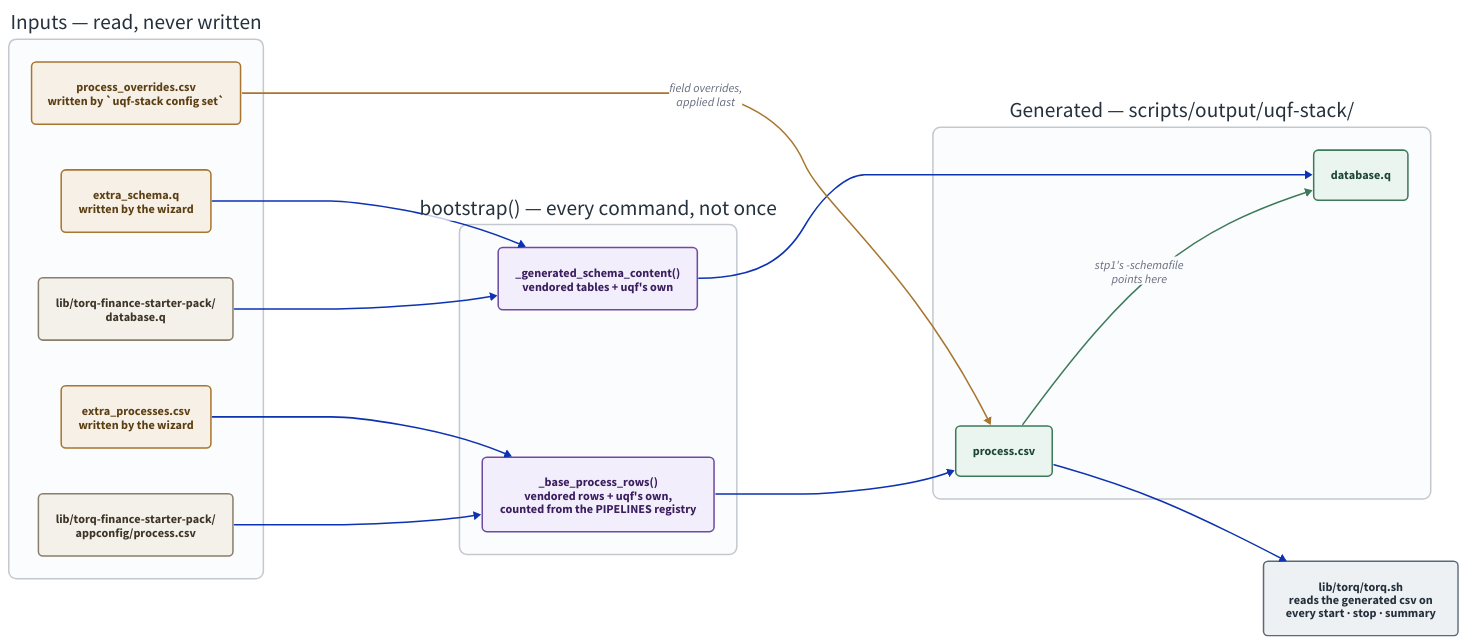
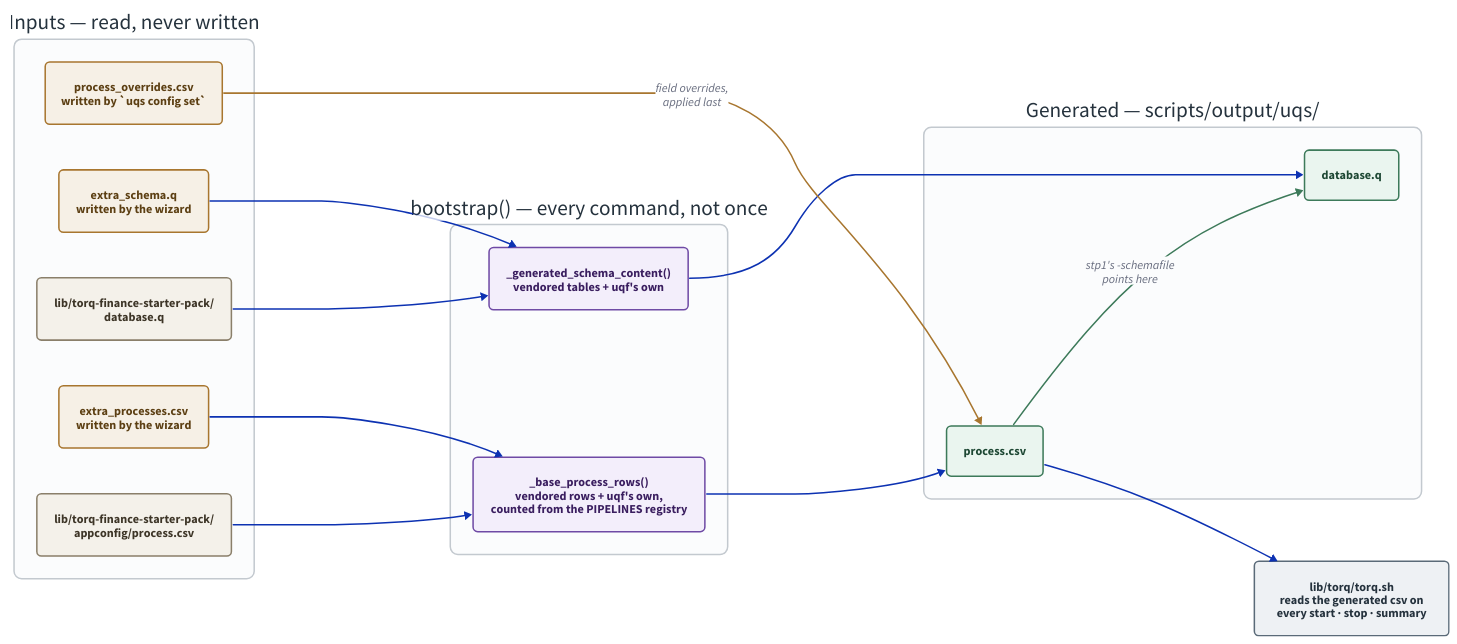
One commit to kwojdalski/uqf changed the diagram in docs/diagrams/config-generation.d2. Above: the diagram before and after it, drawn with D2. The commit also changed 210 other files, not shown here.

First line of the commit message:
uqf-stack becomes uqs, the ultimate q stack

```diff
--- a/docs/diagrams/config-generation.d2
+++ b/docs/diagrams/config-generation.d2
@@ -1,128 +1,128 @@
 # config-generation.d2 - how the vendored TorQ config becomes the config the
 # stack actually runs on.
 #
 # Rendered by scripts/generate/render_diagrams.py, which CI runs with
 # --check. Embedded from docs/integrations/torq/README.md.
 #
 # THE RULE THIS DRAWS is H-01: the vendored trees are never written to. Read
 # the vendored file fresh, generate an extended copy, point the running
 # process at the copy. An edit to lib/ would work until the next upgrade and
 # then be silently lost, which is the failure the whole arrangement exists
 # to make impossible.
 #
 # The other thing worth seeing is that there is no setup step. bootstrap()
 # regenerates both outputs on EVERY command - start, stop, summary, all of
 # them - so the generated files are always a fresh function of the vendored
 # tree plus the three small tracked extension files. Nothing here is a state
 # you can get out of sync; the only way to change the output is to change an
 # input.
 
 direction: right
 
 vars: {
   d2-config: {
     pad: 40
   }
 }
 
 classes: {
   vendored: {
     style: {
       fill: "#f4f1ea"
       stroke: "#8a7f6a"
       font-color: "#3d3527"
       border-radius: 6
     }
   }
   tracked: {
     style: {
       fill: "#f6f0e6"
       stroke: "#a8762f"
       font-color: "#5c3f13"
       border-radius: 6
     }
   }
   step: {
     style: {
       fill: "#f3eefb"
       stroke: "#6f4aa5"
       font-color: "#3a1e5f"
       border-radius: 6
     }
   }
   generated: {
     style: {
       fill: "#eaf5ef"
       stroke: "#3d7a5a"
       font-color: "#1d4733"
       border-radius: 6
     }
   }
   consumer: {
     style: {
       fill: "#eef1f4"
       stroke: "#5a6a78"
       font-color: "#25323d"
       border-radius: 6
     }
   }
 }
 
 inputs: "Inputs — read, never written" {
   style: {
     fill: "#fbfcfd"
     stroke: "#c3c9cf"
     stroke-width: 2
     border-radius: 10
     font-color: "#25323d"
   }
 
   # Declared in the order they are consumed - the process.csv inputs, then
   # the database.q ones - so dagre keeps each group near the step it feeds.
   vendored_csv: "lib/torq-finance-starter-pack/\nappconfig/process.csv" { class: vendored }
   extra_procs: "extra_processes.csv\nwritten by the wizard" { class: tracked }
-  overrides: "process_overrides.csv\nwritten by `uqf-stack config set`" { class: tracked }
+  overrides: "process_overrides.csv\nwritten by `uqs config set`" { class: tracked }
   vendored_schema: "lib/torq-finance-starter-pack/\ndatabase.q" { class: vendored }
   extra_schema: "extra_schema.q\nwritten by the wizard" { class: tracked }
 }
 
 bootstrap: "bootstrap() — every command, not once" {
   style: {
     fill: "#fbfcfd"
     stroke: "#c3c9cf"
     stroke-width: 2
     border-radius: 10
     font-color: "#25323d"
   }
 
   rows: "_base_process_rows()\nvendored rows + uqf's own,\ncounted from the PIPELINES registry" { class: step }
   schema: "_generated_schema_content()\nvendored tables + uqf's own" { class: step }
 }
 
-outputs: "Generated — scripts/output/uqf-stack/" {
+outputs: "Generated — scripts/output/uqs/" {
   style: {
     fill: "#fbfcfd"
     stroke: "#c3c9cf"
     stroke-width: 2
     border-radius: 10
     font-color: "#25323d"
   }
 
   gen_csv: "process.csv" { class: generated }
   gen_schema: "database.q" { class: generated }
 
   gen_csv -> gen_schema: "stp1's -schemafile\npoints here" { style.stroke: "#3d7a5a" }
 }
 
 torqsh: "lib/torq/torq.sh\nreads the generated csv on\nevery start · stop · summary" { class: consumer }
 
 inputs.vendored_csv -> bootstrap.rows
 inputs.extra_procs -> bootstrap.rows
 inputs.vendored_schema -> bootstrap.schema
 inputs.extra_schema -> bootstrap.schema
 
 bootstrap.rows -> outputs.gen_csv
 bootstrap.schema -> outputs.gen_schema
 inputs.overrides -> outputs.gen_csv: "field overrides,\napplied last" { style.stroke: "#a8762f" }
 
 outputs.gen_csv -> torqsh
```
